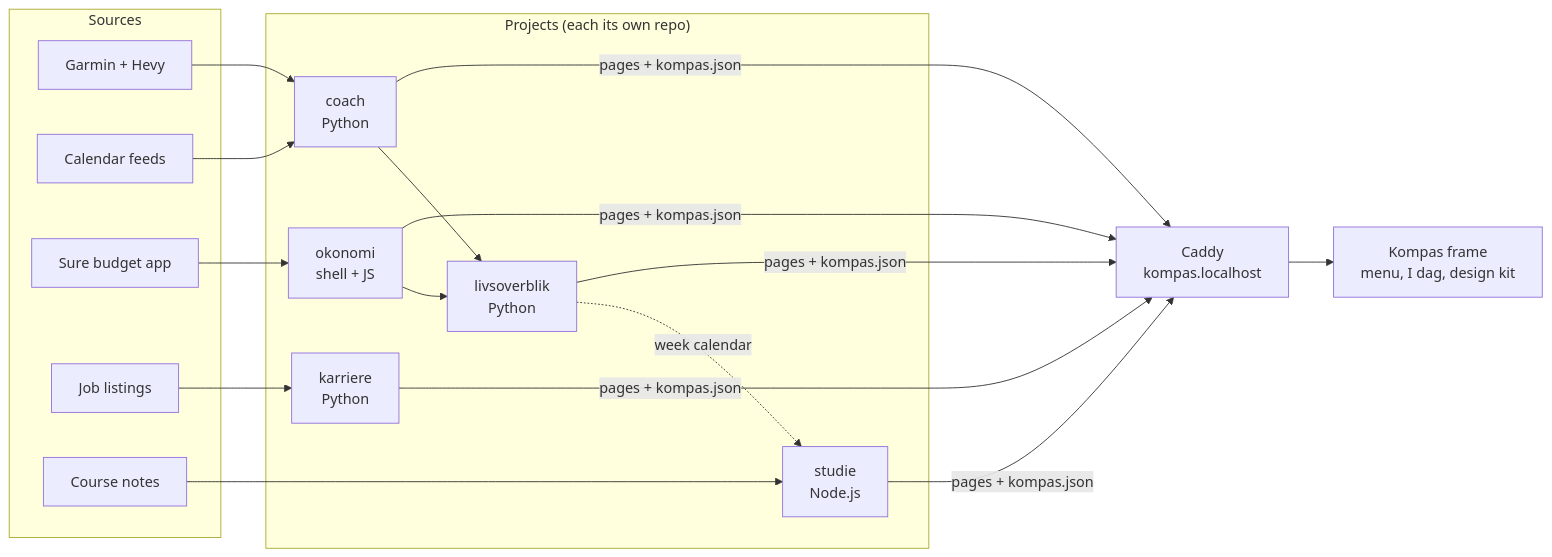
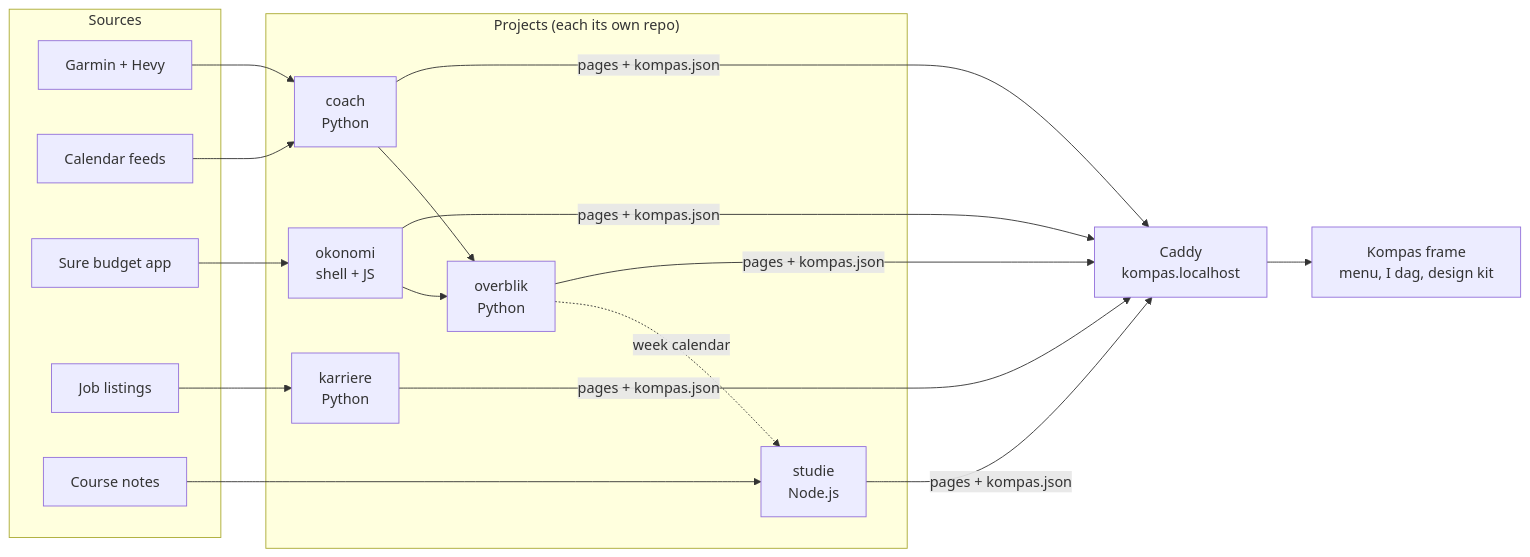
One commit to Brandt03/Kompas changed the diagram in README.md. Above: the diagram before and after it, drawn with Mermaid. The commit also changed other lines of this file and 29 other files, not shown here.

Commit message:
livsoverblik hedder nu overblik

````diff
--- a/README.md
+++ b/README.md
@@ -40,26 +40,26 @@
 ```mermaid
 flowchart LR
   subgraph Sources
     G[Garmin + Hevy]
     C[Calendar feeds]
     S[Sure budget app]
     J[Job listings]
     N[Course notes]
   end
   subgraph Projects["Projects (each its own repo)"]
     coach[coach<br/>Python]
-    liv[livsoverblik<br/>Python]
+    liv[overblik<br/>Python]
     okonomi[okonomi<br/>shell + JS]
     karriere[karriere<br/>Python]
     studie[studie<br/>Node.js]
   end
   G --> coach
   C --> coach
   coach --> liv
   S --> okonomi --> liv
   J --> karriere
   N --> studie
   liv -.->|week calendar| studie
   coach & liv & okonomi & karriere & studie -->|pages + kompas.json| caddy[Caddy<br/>kompas.localhost]
   caddy --> shell[Kompas frame<br/>menu, I dag, design kit]
 ```
````
